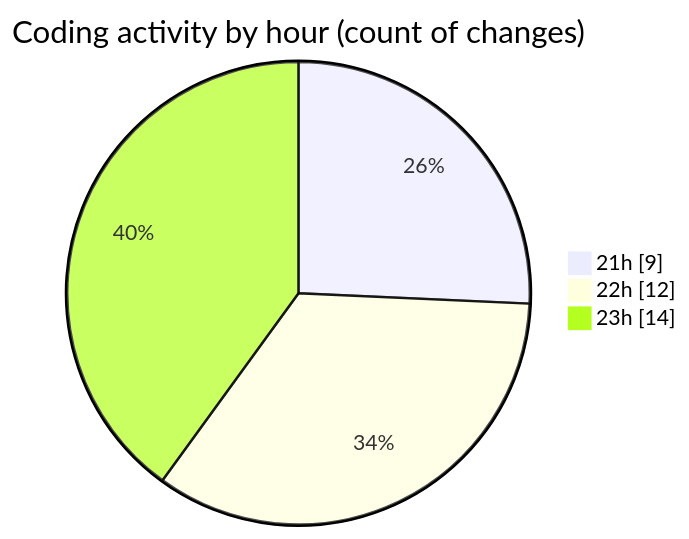
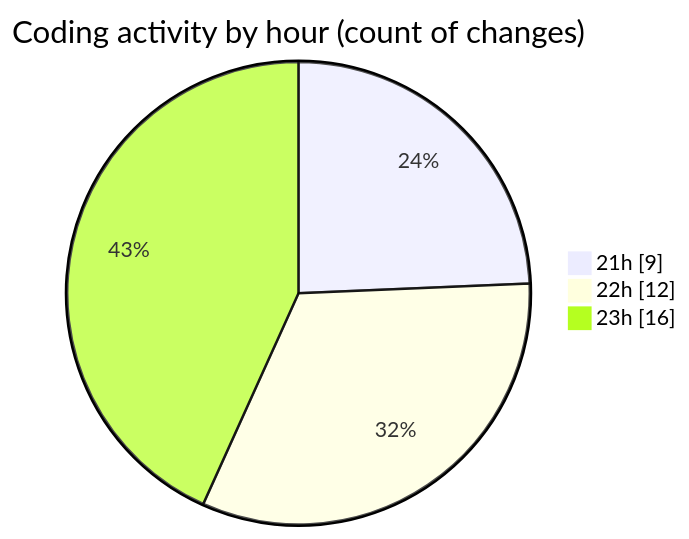
One commit to idhammustaqopulfikri/code-tracking changed the second of 2 diagrams in 2025-03-29/autodidak/README.md. Above: the diagram before and after it, drawn with Mermaid. The commit also changed other lines of this file and 1 other file, not shown here.

````diff
--- a/2025-03-29/autodidak/README.md
+++ b/2025-03-29/autodidak/README.md
@@ -36,7 +37,7 @@
 ```mermaid
 pie showData
 title Coding activity by hour (count of changes)
 "21h" : 9
 "22h" : 12
-"23h" : 14
+"23h" : 16
 ```
````
